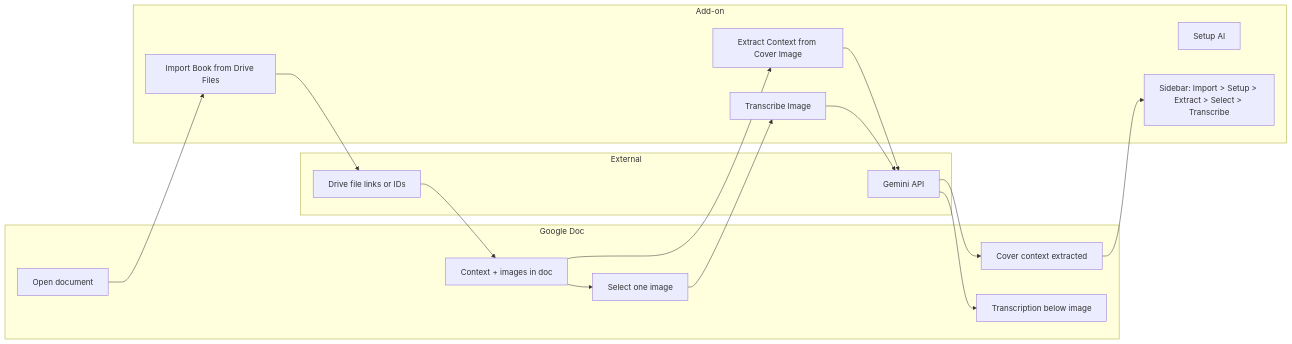
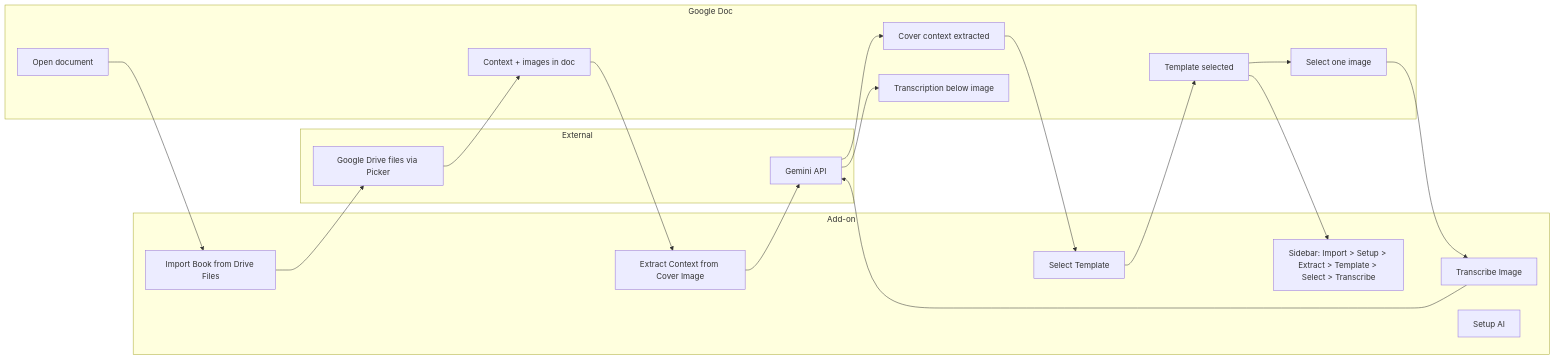
Before and after one commit to dekochka/geneascript-gdoc-addon: the diagram in README.md, drawn with Mermaid. The commit also changed other lines of this file, not shown here.

Commit message:
docs: update README to reflect v1.0 UI with Template Gallery
- Update "Current UI" heading from v0.8 to v1.0
- Add Template Gallery screenshot alongside main workflow screenshot
- Update overview flowchart to include Template Gallery step
- Update "Typical flow" description to mention template selection
- Change "Drive file links or IDs" to "Google Drive files via Picker"

Closes documentation gap for v1.0 release.

````diff
--- a/README.md
+++ b/README.md
@@ -19,32 +25,36 @@
 ```mermaid
 flowchart LR
   subgraph doc [Google Doc]
     OpenDoc[Open document]
     ContextImages[Context + images in doc]
     CoverContext[Cover context extracted]
+    TemplateSelected[Template selected]
     SelectImage[Select one image]
     Transcription[Transcription below image]
   end
   subgraph addon [Add-on]
     ImportMenu["Import Book from Drive Files"]
     ExtractMenu["Extract Context from Cover Image"]
+    TemplateMenu["Select Template"]
     TranscribeMenu["Transcribe Image"]
     SetupMenu["Setup AI"]
-    Sidebar["Sidebar: Import > Setup > Extract > Select > Transcribe"]
+    Sidebar["Sidebar: Import > Setup > Extract > Template > Select > Transcribe"]
   end
   subgraph external [External]
-    DriveFiles[Drive file links or IDs]
+    DriveFiles[Google Drive files via Picker]
     Gemini[Gemini API]
   end
   OpenDoc --> ImportMenu
   ImportMenu --> DriveFiles
   DriveFiles --> ContextImages
   ContextImages --> ExtractMenu
   ExtractMenu --> Gemini
   Gemini --> CoverContext
-  CoverContext --> Sidebar
-  ContextImages --> SelectImage
+  CoverContext --> TemplateMenu
+  TemplateMenu --> TemplateSelected
+  TemplateSelected --> Sidebar
+  TemplateSelected --> SelectImage
   SelectImage --> TranscribeMenu
   TranscribeMenu --> Gemini
   Gemini --> Transcription
 ```
````
